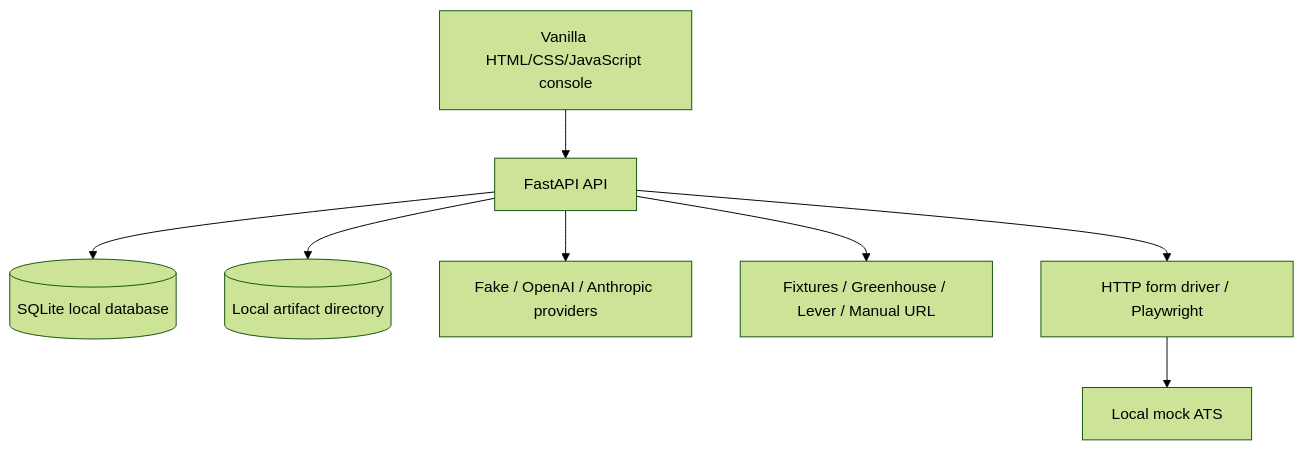
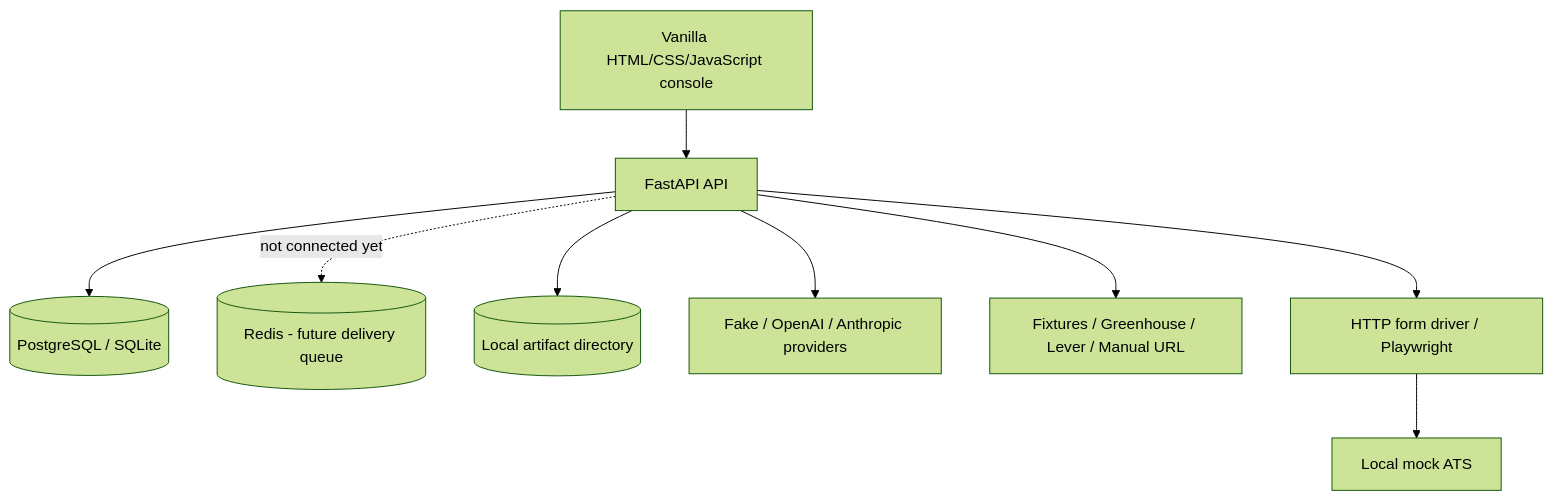
One commit to edenfc10/Job-search-platform changed the second of 2 diagrams in README.md. Above: the diagram before and after it, drawn with Mermaid (forest theme). The commit also changed other lines of this file and 16 other files, not shown here.

First line of the commit message:
feat: add PostgreSQL Redis and Alembic foundation

````diff
--- a/README.md
+++ b/README.md
@@ -103,19 +106,21 @@
 ```mermaid
 flowchart TB
     UI[Vanilla HTML/CSS/JavaScript console]
     API[FastAPI API]
-    DB[(SQLite local database)]
+    DB[(PostgreSQL / SQLite)]
+    REDIS[(Redis - future delivery queue)]
     FS[(Local artifact directory)]
     LLM[Fake / OpenAI / Anthropic providers]
     SOURCES[Fixtures / Greenhouse / Lever / Manual URL]
     DRIVER[HTTP form driver / Playwright]
     MOCK[Local mock ATS]
 
     UI --> API
     API --> DB
+    API -. not connected yet .-> REDIS
     API --> FS
     API --> LLM
     API --> SOURCES
     API --> DRIVER
     DRIVER --> MOCK
 ```
````
